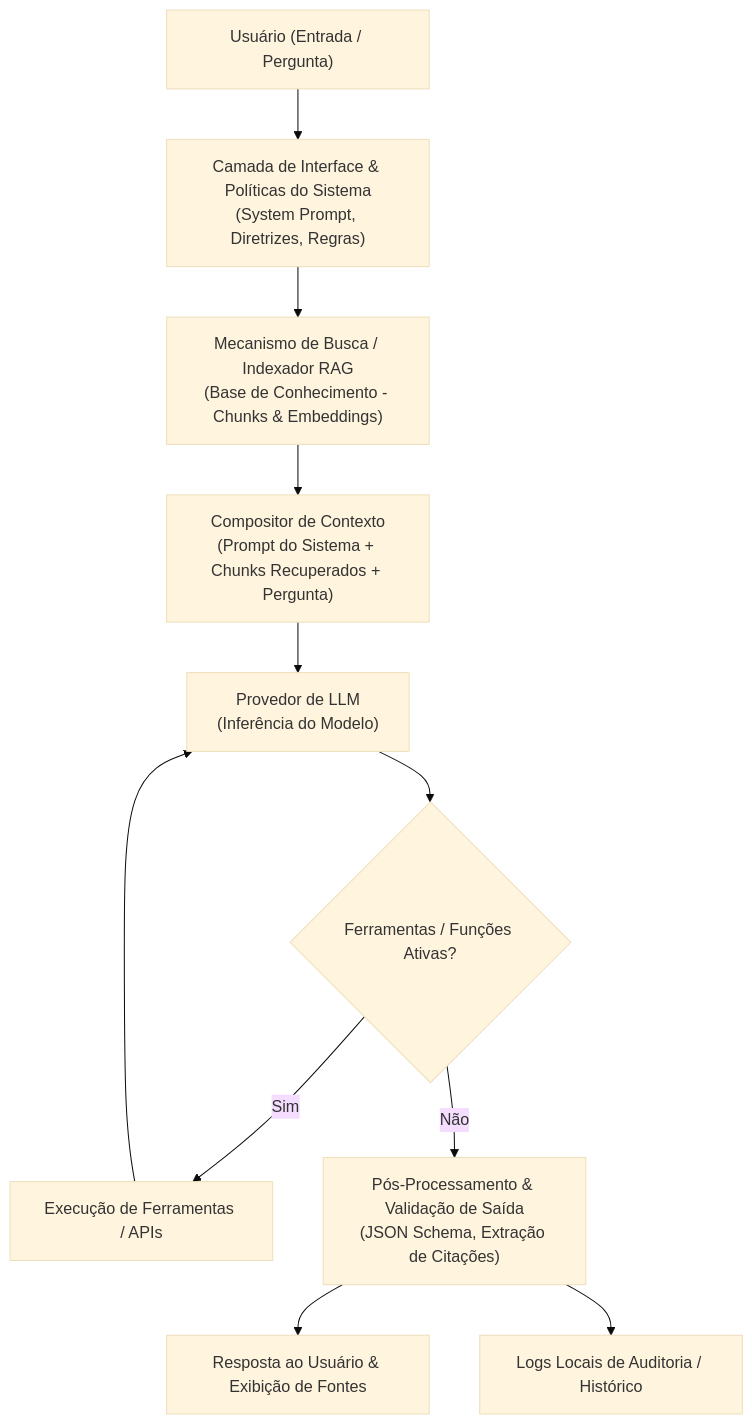
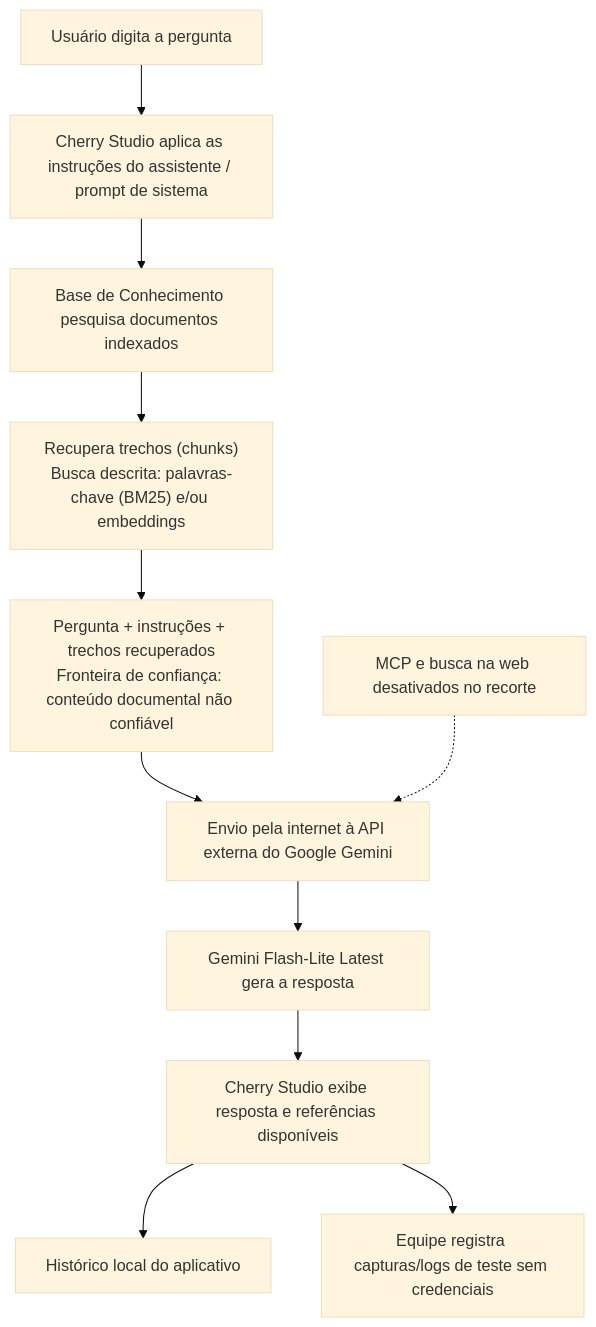
Before and after one commit to Enz0EMCosta/QSoftware_2026_2_AV2_Lima_Adam_Costa_Enzo_D-da_Douglas_Prata_Rafael_Raphael_Souza_Vinicius_Thayla: the diagram in missao/fluxo-de-dados.md, drawn with Mermaid (base theme). The commit also changed other lines of this file and 13 other files, not shown here.

````diff
--- a/missao/fluxo-de-dados.md
+++ b/missao/fluxo-de-dados.md
@@ -16,13 +13,13 @@
 ```mermaid
 flowchart TD
-    A["Usuário (Entrada / Pergunta)"] --> B["Camada de Interface & Políticas do Sistema\n(System Prompt, Diretrizes, Regras)"]
-    B --> C["Mecanismo de Busca / Indexador RAG\n(Base de Conhecimento - Chunks & Embeddings)"]
-    C --> D["Compositor de Contexto\n(Prompt do Sistema + Chunks Recuperados + Pergunta)"]
-    D --> E["Provedor de LLM\n(Inferência do Modelo)"]
-    E --> F{"Ferramentas / Funções Ativas?"}
-    F -- "Sim" --> G["Execução de Ferramentas / APIs"]
-    G --> E
-    F -- "Não" --> H["Pós-Processamento & Validação de Saída\n(JSON Schema, Extração de Citações)"]
-    H --> I["Resposta ao Usuário & Exibição de Fontes"]
-    H --> J["Logs Locais de Auditoria / Histórico"]
+    A["Usuário digita a pergunta"] --> B["Cherry Studio aplica as instruções do assistente / prompt de sistema"]
+    B --> C["Base de Conhecimento pesquisa documentos indexados"]
+    C --> D["Recupera trechos (chunks)<br/>Busca descrita: palavras-chave (BM25) e/ou embeddings"]
+    D --> E["Pergunta + instruções + trechos recuperados<br/>Fronteira de confiança: conteúdo documental não confiável"]
+    E --> F["Envio pela internet à API externa do Google Gemini"]
+    F --> G["Gemini Flash-Lite Latest gera a resposta"]
+    G --> H["Cherry Studio exibe resposta e referências disponíveis"]
+    H --> I["Histórico local do aplicativo"]
+    H --> J["Equipe registra capturas/logs de teste sem credenciais"]
+    K["MCP e busca na web desativados no recorte"] -.-> F
 ```
````
